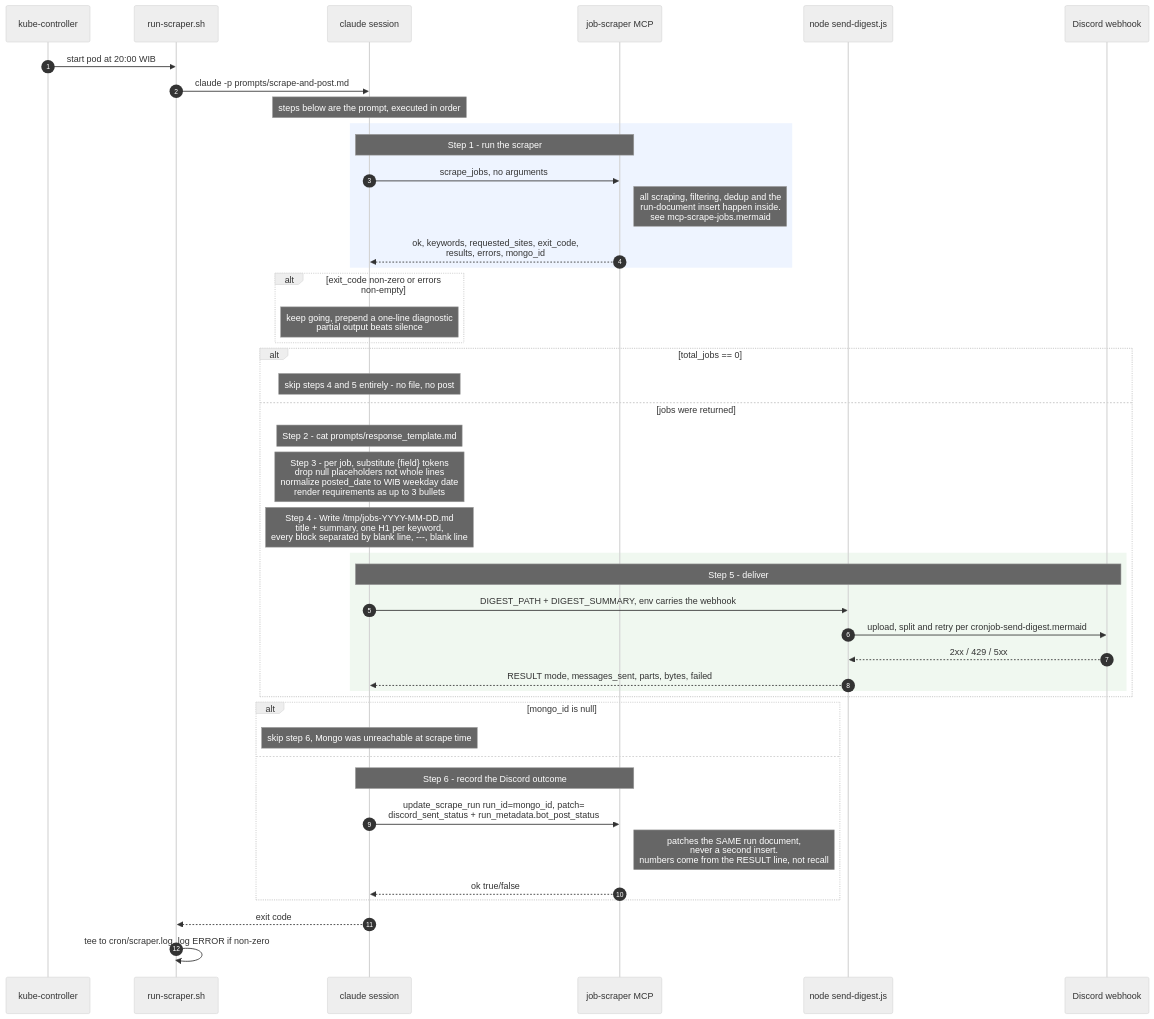
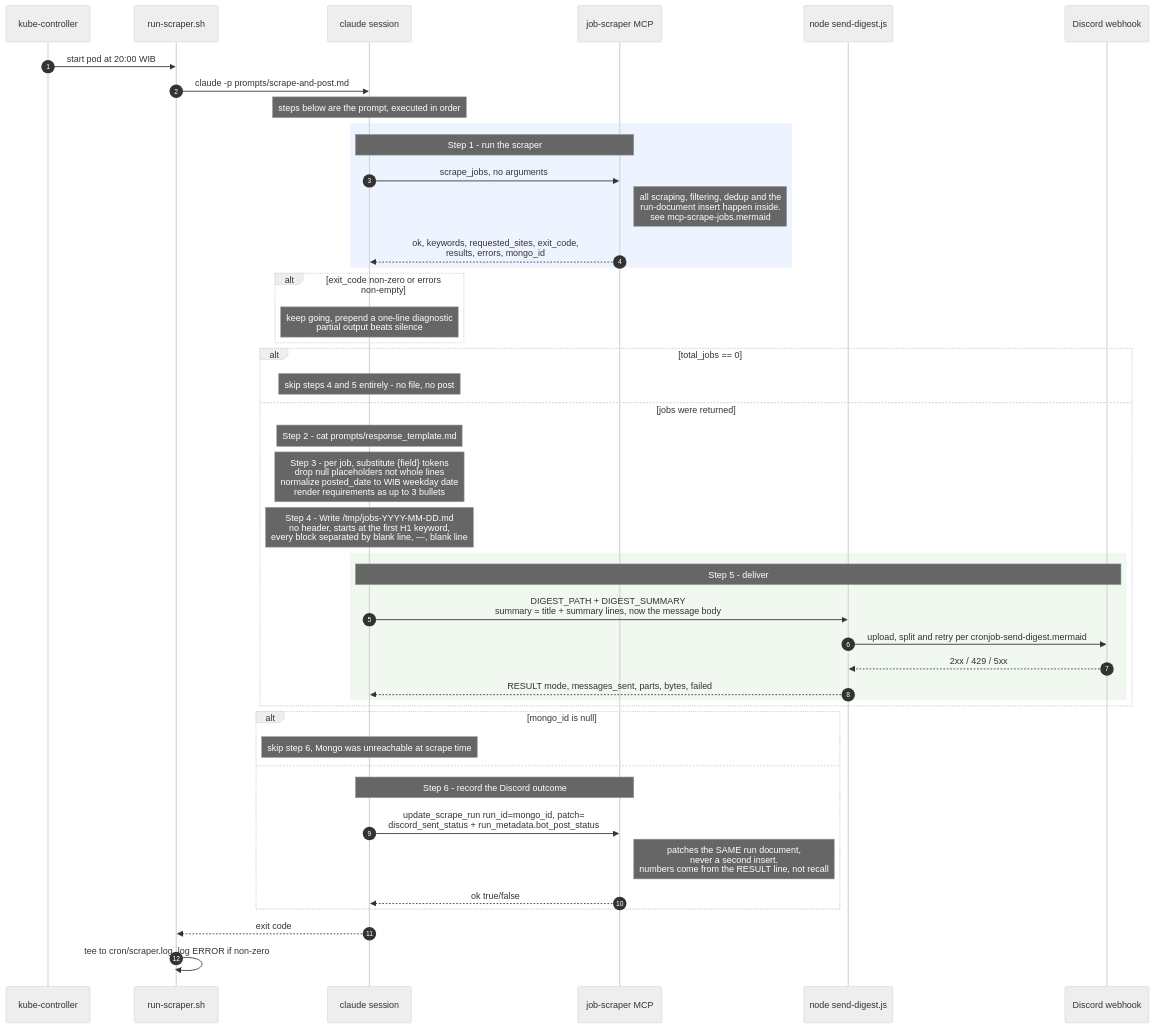
Before and after one commit to DTA32/job-scrapper: the diagram in docs/architecture/cronjob-run.mermaid, drawn with Mermaid (neutral theme). The commit also changed 10 other files, not shown here.

Commit message:
feat: turn llm model into env and update summary text

```diff
--- a/docs/architecture/cronjob-run.mermaid
+++ b/docs/architecture/cronjob-run.mermaid
@@ -1,51 +1,51 @@
 sequenceDiagram
     autonumber
     participant KC as kube-controller
     participant SH as run-scraper.sh
     participant CL as claude session
     participant MCP as job-scraper MCP
     participant ND as node send-digest.js
     participant DC as Discord webhook
 
     KC->>SH: start pod at 20:00 WIB
     SH->>CL: claude -p prompts/scrape-and-post.md
     Note over CL: steps below are the prompt, executed in order
 
     rect rgb(238, 244, 255)
         Note over CL,MCP: Step 1 - run the scraper
         CL->>MCP: scrape_jobs, no arguments
         Note right of MCP: all scraping, filtering, dedup and the<br/>run-document insert happen inside.<br/>see mcp-scrape-jobs.mermaid
         MCP-->>CL: ok, keywords, requested_sites, exit_code,<br/>results, errors, mongo_id
     end
 
     alt exit_code non-zero or errors non-empty
         Note over CL: keep going, prepend a one-line diagnostic<br/>partial output beats silence
     end
 
     alt total_jobs == 0
         Note over CL: skip steps 4 and 5 entirely - no file, no post
     else jobs were returned
         Note over CL: Step 2 - cat prompts/response_template.md
         Note over CL: Step 3 - per job, substitute {field} tokens<br/>drop null placeholders not whole lines<br/>normalize posted_date to WIB weekday date<br/>render requirements as up to 3 bullets
-        Note over CL: Step 4 - Write /tmp/jobs-YYYY-MM-DD.md<br/>title + summary, one H1 per keyword,<br/>every block separated by blank line, ---, blank line
+        Note over CL: Step 4 - Write /tmp/jobs-YYYY-MM-DD.md<br/>no header, starts at the first H1 keyword,<br/>every block separated by blank line, ---, blank line
 
         rect rgb(240, 248, 240)
             Note over CL,DC: Step 5 - deliver
-            CL->>ND: DIGEST_PATH + DIGEST_SUMMARY, env carries the webhook
+            CL->>ND: DIGEST_PATH + DIGEST_SUMMARY<br/>summary = title + summary lines, now the message body
             ND->>DC: upload, split and retry per cronjob-send-digest.mermaid
             DC-->>ND: 2xx / 429 / 5xx
             ND-->>CL: RESULT mode, messages_sent, parts, bytes, failed
         end
     end
 
     alt mongo_id is null
         Note over CL: skip step 6, Mongo was unreachable at scrape time
     else
         Note over CL,MCP: Step 6 - record the Discord outcome
         CL->>MCP: update_scrape_run run_id=mongo_id, patch=<br/>discord_sent_status + run_metadata.bot_post_status
         Note right of MCP: patches the SAME run document,<br/>never a second insert.<br/>numbers come from the RESULT line, not recall
         MCP-->>CL: ok true/false
     end
 
     CL-->>SH: exit code
     SH->>SH: tee to cron/scraper.log, log ERROR if non-zero
```
